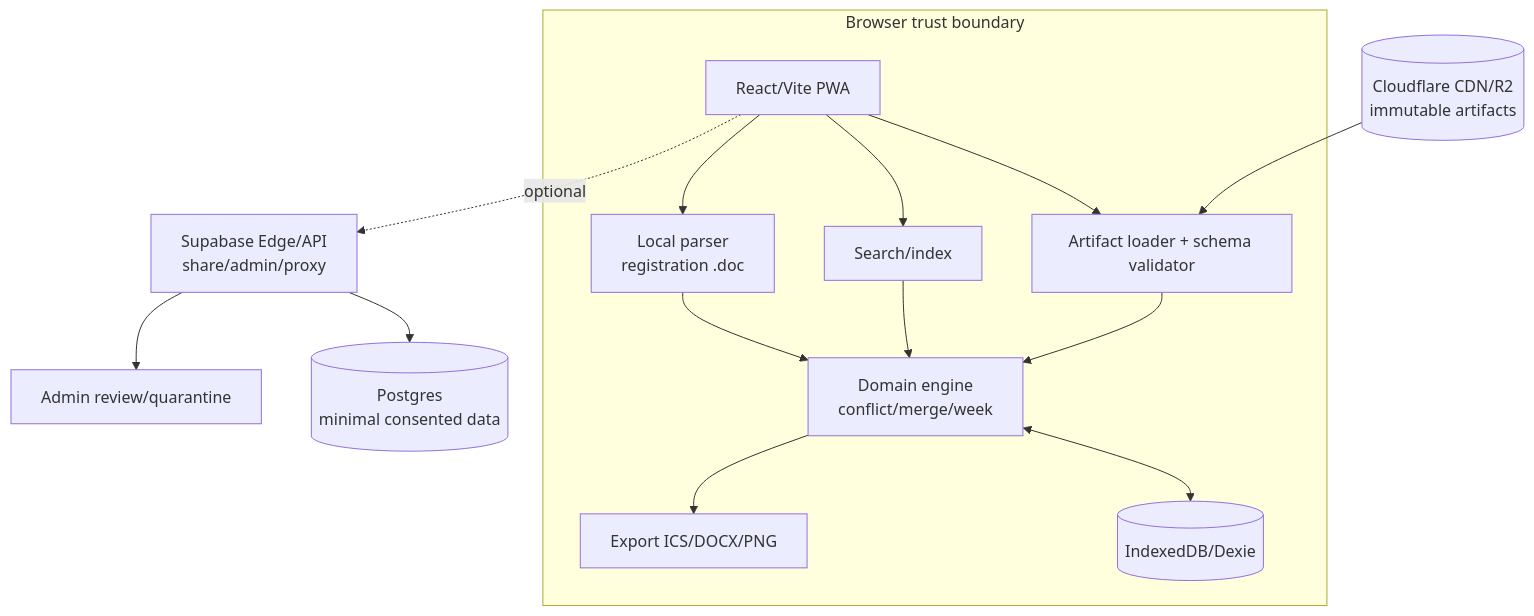
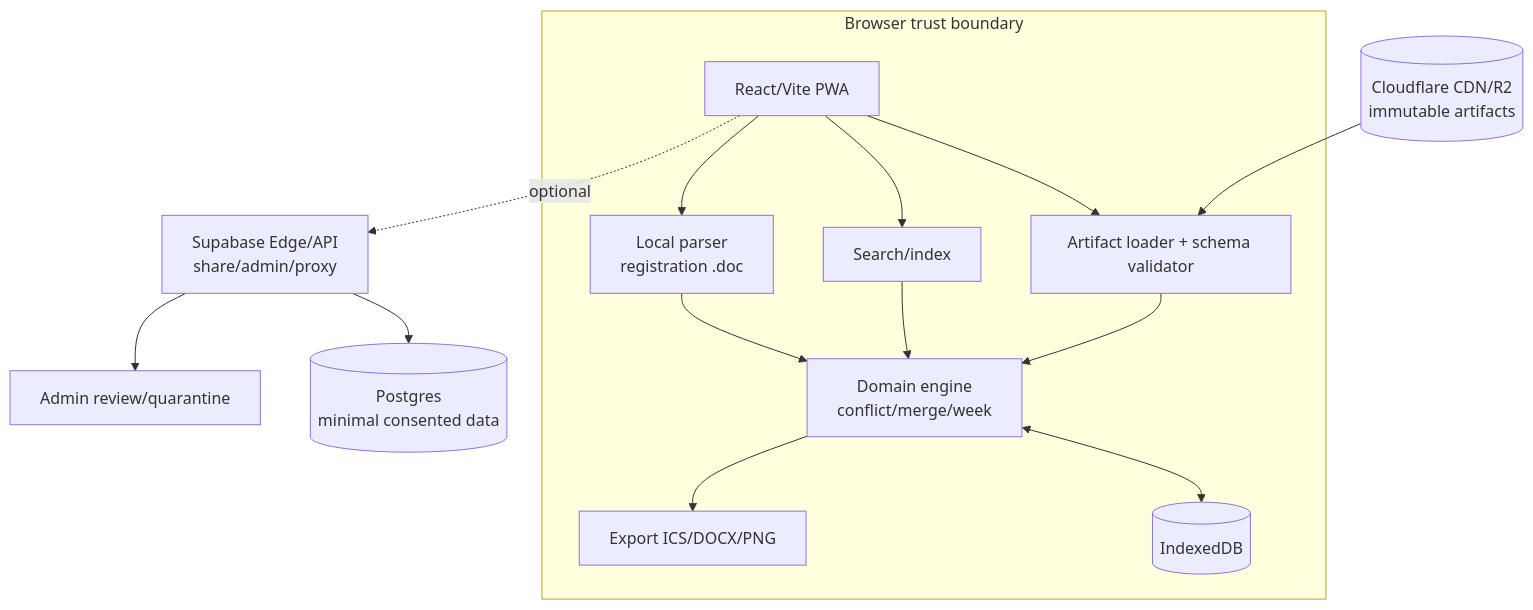
The second of 2 diagrams in docs/ARCHITECTURE.md (hoangnguyen206/XepTKB), drawn with Mermaid before and after one commit. The commit also changed other lines of this file and 87 other files, not shown here.

````diff
--- a/docs/ARCHITECTURE.md
+++ b/docs/ARCHITECTURE.md
@@ -37,25 +37,25 @@
 ```mermaid
 flowchart TB
   subgraph Browser[Browser trust boundary]
     Shell[React/Vite PWA]
     Loader[Artifact loader + schema validator]
     Search[Search/index]
     Engine[Domain engine\nconflict/merge/week]
     LocalParser[Local parser\nregistration .doc]
-    Store[(IndexedDB/Dexie)]
+    Store[(IndexedDB)]
     Export[Export ICS/DOCX/PNG]
     Shell --> Loader --> Engine
     Shell --> Search --> Engine
     Shell --> LocalParser --> Engine
     Engine <--> Store
     Engine --> Export
   end
   CDN[(Cloudflare CDN/R2\nimmutable artifacts)]
   API[Supabase Edge/API\nshare/admin/proxy]
   DB[(Postgres\nminimal consented data)]
   Review[Admin review/quarantine]
   CDN --> Loader
   Shell -. optional .-> API
   API --> DB
   API --> Review
 ```
````
